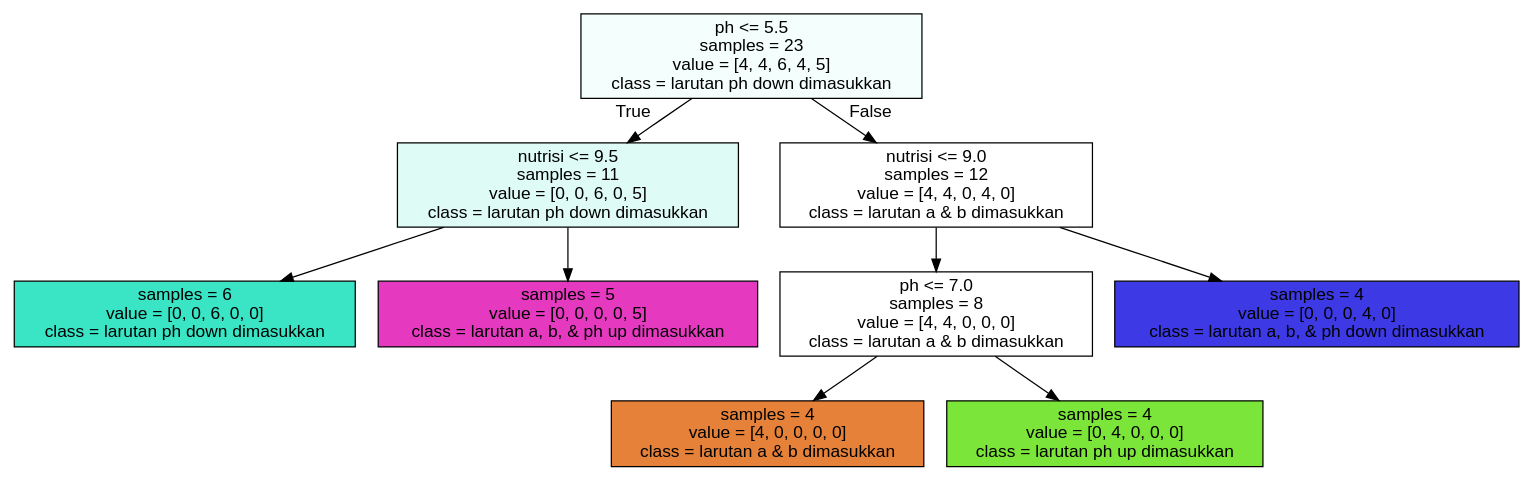
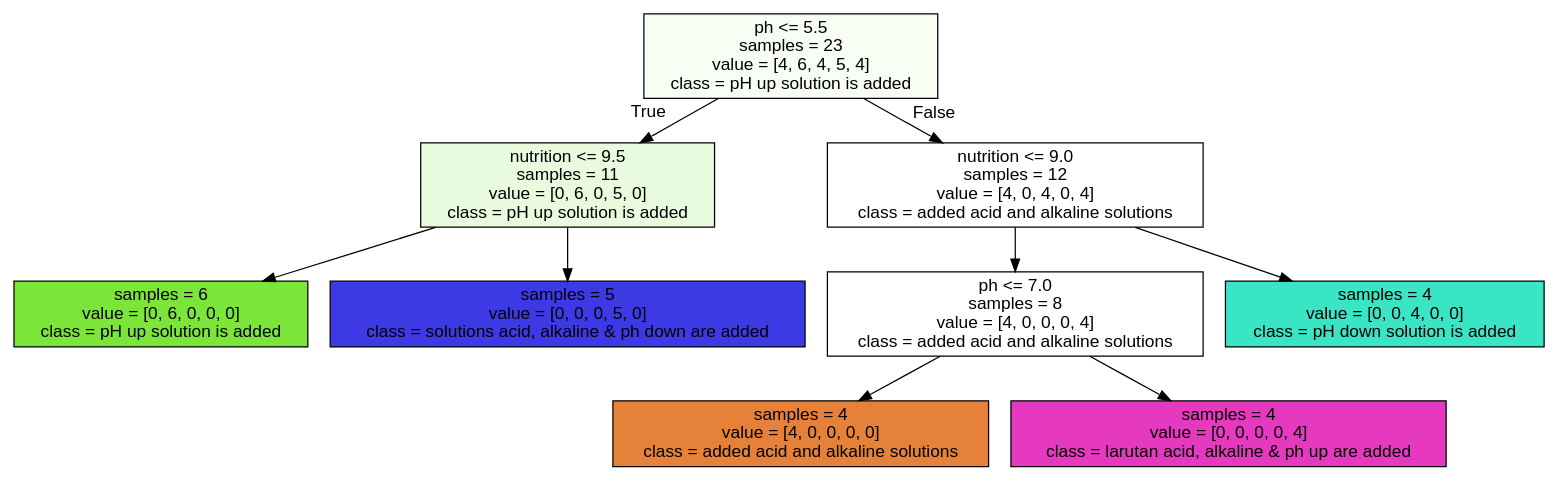
One commit to AnggaGemilang/Agrapana changed the diagram in Decision Tree/tree_stroke.dot. Above: the diagram before and after it, drawn with Graphviz. The commit also changed 372 other files, not shown here.

```diff
--- a/Decision Tree/tree_stroke.dot
+++ b/Decision Tree/tree_stroke.dot
@@ -1,21 +1,21 @@
 digraph Tree {
 node [shape=box, style="filled", color="black", fontname="helvetica"] ;
 edge [fontname="helvetica"] ;
-0 [label="ph <= 5.5\nsamples = 23\nvalue = [4, 4, 6, 4, 5]\nclass = larutan ph down dimasukkan", fillcolor="#f4fefc"] ;
-1 [label="nutrisi <= 9.5\nsamples = 11\nvalue = [0, 0, 6, 0, 5]\nclass = larutan ph down dimasukkan", fillcolor="#defbf5"] ;
+0 [label="ph <= 5.5\nsamples = 23\nvalue = [4, 6, 4, 5, 4]\nclass = pH up solution is added", fillcolor="#f8fef4"] ;
+1 [label="nutrition <= 9.5\nsamples = 11\nvalue = [0, 6, 0, 5, 0]\nclass = pH up solution is added", fillcolor="#e9fbde"] ;
 0 -> 1 [labeldistance=2.5, labelangle=45, headlabel="True"] ;
-2 [label="samples = 6\nvalue = [0, 0, 6, 0, 0]\nclass = larutan ph down dimasukkan", fillcolor="#39e5c5"] ;
+2 [label="samples = 6\nvalue = [0, 6, 0, 0, 0]\nclass = pH up solution is added", fillcolor="#7be539"] ;
 1 -> 2 ;
-3 [label="samples = 5\nvalue = [0, 0, 0, 0, 5]\nclass = larutan a, b, & ph up dimasukkan", fillcolor="#e539c0"] ;
+3 [label="samples = 5\nvalue = [0, 0, 0, 5, 0]\nclass = solutions acid, alkaline & ph down are added", fillcolor="#3c39e5"] ;
 1 -> 3 ;
-4 [label="nutrisi <= 9.0\nsamples = 12\nvalue = [4, 4, 0, 4, 0]\nclass = larutan a & b dimasukkan", fillcolor="#ffffff"] ;
+4 [label="nutrition <= 9.0\nsamples = 12\nvalue = [4, 0, 4, 0, 4]\nclass = added acid and alkaline solutions", fillcolor="#ffffff"] ;
 0 -> 4 [labeldistance=2.5, labelangle=-45, headlabel="False"] ;
-5 [label="ph <= 7.0\nsamples = 8\nvalue = [4, 4, 0, 0, 0]\nclass = larutan a & b dimasukkan", fillcolor="#ffffff"] ;
+5 [label="ph <= 7.0\nsamples = 8\nvalue = [4, 0, 0, 0, 4]\nclass = added acid and alkaline solutions", fillcolor="#ffffff"] ;
 4 -> 5 ;
-6 [label="samples = 4\nvalue = [4, 0, 0, 0, 0]\nclass = larutan a & b dimasukkan", fillcolor="#e58139"] ;
+6 [label="samples = 4\nvalue = [4, 0, 0, 0, 0]\nclass = added acid and alkaline solutions", fillcolor="#e58139"] ;
 5 -> 6 ;
-7 [label="samples = 4\nvalue = [0, 4, 0, 0, 0]\nclass = larutan ph up dimasukkan", fillcolor="#7be539"] ;
+7 [label="samples = 4\nvalue = [0, 0, 0, 0, 4]\nclass = larutan acid, alkaline & ph up are added", fillcolor="#e539c0"] ;
 5 -> 7 ;
-8 [label="samples = 4\nvalue = [0, 0, 0, 4, 0]\nclass = larutan a, b, & ph down dimasukkan", fillcolor="#3c39e5"] ;
+8 [label="samples = 4\nvalue = [0, 0, 4, 0, 0]\nclass = pH down solution is added", fillcolor="#39e5c5"] ;
 4 -> 8 ;
 }
```
